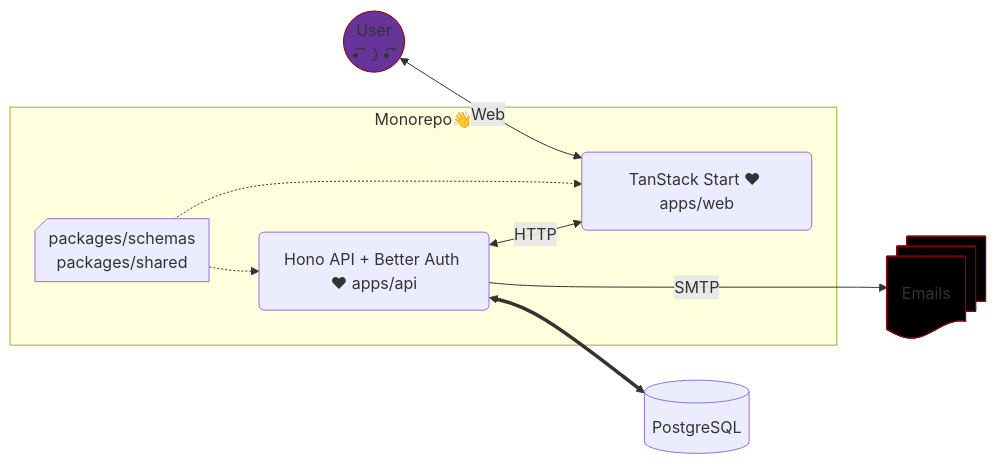
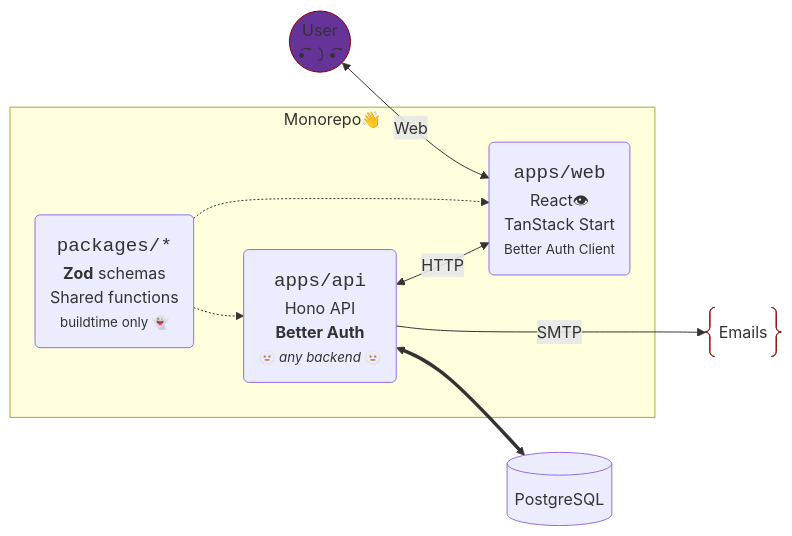
One commit to SubZtep/admin-starter changed the diagram in README.md. Above: the diagram before and after it, drawn with Mermaid. The commit also changed other lines of this file and 3 other files, not shown here.

````diff
--- a/README.md
+++ b/README.md
@@ -13,19 +13,29 @@
 ```mermaid
 flowchart LR
   subgraph "Monorepo👋"
-  A("Hono API + Better Auth #9829; apps/api")
-  W("TanStack Start #9829; apps/web")
-  S@{ shape: notch-rect, label: "packages/schemas\npackages/shared" }
+  A("`<big><tt>apps/api</tt></big>
+  Hono API
+  <strong>Better Auth</strong>
+    <small>🫥 _any backend_ 🫥</small>
+  `")
+  W("`<big><tt>apps/web</tt></big>
+  React👁
+  TanStack Start
+  <small>Better Auth Client</small>`")
+  S("`<big><tt>packages/*</tt></big>
+  **Zod** schemas
+  Shared functions
+  <small>buildtime only 👻</small>`")
   end
   U@{ shape: circ, label: "User\n•͡˘㇁•͡˘" }
   D@{ shape: cyl, label: "PostgreSQL" }
-  E@{ shape: docs, label: "Emails" }
+  E@{ shape: braces, label: "Emails" }
   U <-->|Web| W
   S -.-> W
   S -.-> A
   A <==> D
   A <-->|HTTP| W
   A -- SMTP ---> E
   style U fill:rebeccapurple,stroke:darkred,stroke-width:1px
   style E fill:black,stroke:darkred,stroke-style:dashed,stroke-width:1px
 ```
````
